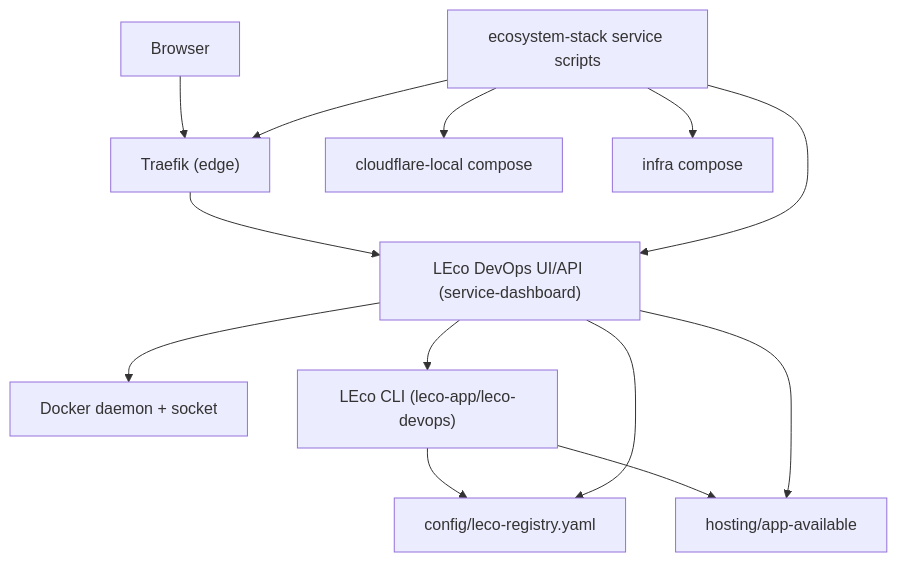
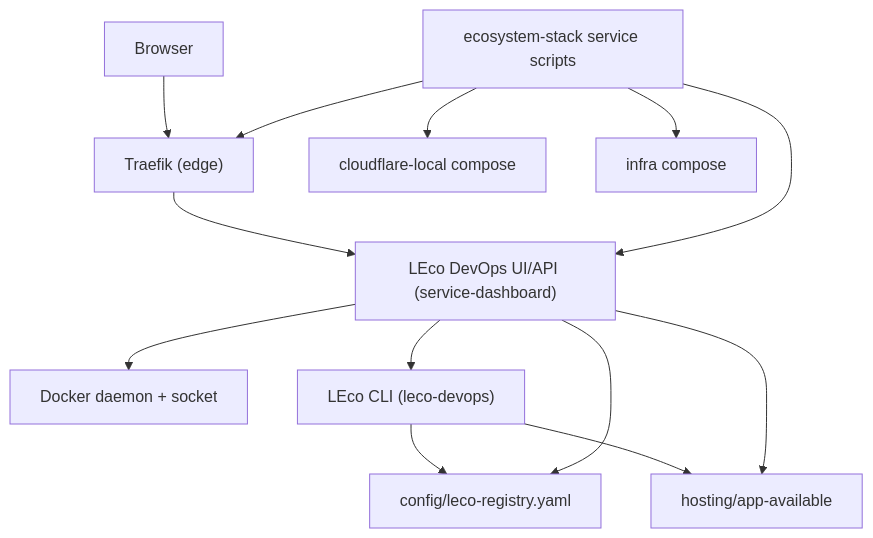
The diagram in docs/ARCHITECTURE.md (leco-devops/local-ecosystem), drawn with Mermaid before and after one commit. The commit also changed other lines of this file and 110 other files, not shown here.

````diff
--- a/docs/ARCHITECTURE.md
+++ b/docs/ARCHITECTURE.md
@@ -23,26 +23,26 @@
 ```mermaid
 flowchart TD
   Browser["Browser"]
   Traefik["Traefik (edge)"]
   Dash["LEco DevOps UI/API (service-dashboard)"]
   AiStack["ecosystem-stack service scripts"]
   DockerApi["Docker daemon + socket"]
-  LecoCli["LEco CLI (leco-app/leco-devops)"]
+  LecoCli["LEco CLI (leco-devops)"]
   Registry["config/leco-registry.yaml"]
   Hosted["hosting/app-available"]
   CfLocal["cloudflare-local compose"]
   Infra["infra compose"]
 
   Browser --> Traefik
   Traefik --> Dash
   Dash --> DockerApi
   Dash --> LecoCli
   LecoCli --> Registry
   LecoCli --> Hosted
   Dash --> Registry
   Dash --> Hosted
   AiStack --> Traefik
   AiStack --> Dash
   AiStack --> CfLocal
   AiStack --> Infra
 ```
````
